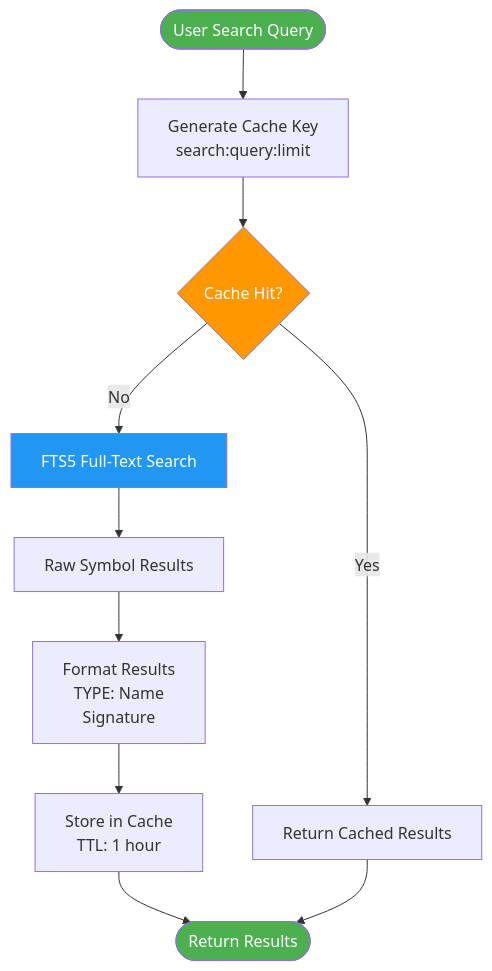
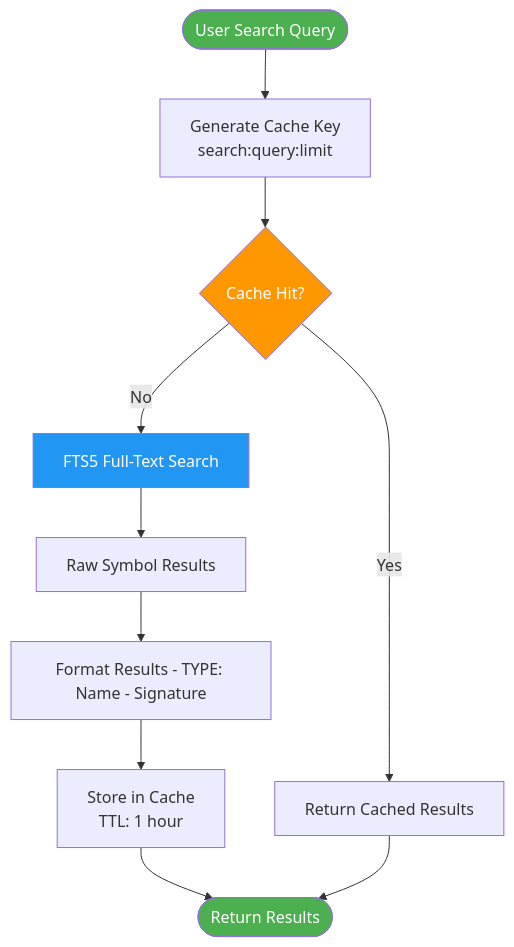
The fifth of 20 diagrams in docs/ARCHITECTURE.md (tfranczyk/d365fo-mcp-server), drawn with Mermaid before and after one commit. The commit also changed other lines of this file, not shown here.

Commit message:
diagram fix

````diff
--- a/docs/ARCHITECTURE.md
+++ b/docs/ARCHITECTURE.md
@@ -416,19 +416,19 @@
 ```mermaid
 graph TD
     QUERY([User Search Query]) --> CACHE_KEY[Generate Cache Key\n search:query:limit]
     CACHE_KEY --> CACHE_CHECK{Cache Hit?}
     
     CACHE_CHECK -->|Yes| CACHE_RETURN[Return Cached Results]
     CACHE_CHECK -->|No| FTS_QUERY[FTS5 Full-Text Search]
     
     FTS_QUERY --> RESULTS[Raw Symbol Results]
-    RESULTS --> FORMAT[Format Results\n TYPE: Name\n Signature]
+    RESULTS --> FORMAT[Format Results - TYPE: Name - Signature]
     FORMAT --> CACHE_STORE[Store in Cache\n TTL: 1 hour]
     CACHE_STORE --> RETURN([Return Results])
     CACHE_RETURN --> RETURN
     
     style QUERY fill:#4CAF50,color:#fff
     style CACHE_CHECK fill:#FF9800,color:#fff
     style FTS_QUERY fill:#2196F3,color:#fff
     style RETURN fill:#4CAF50,color:#fff
 ```
````
